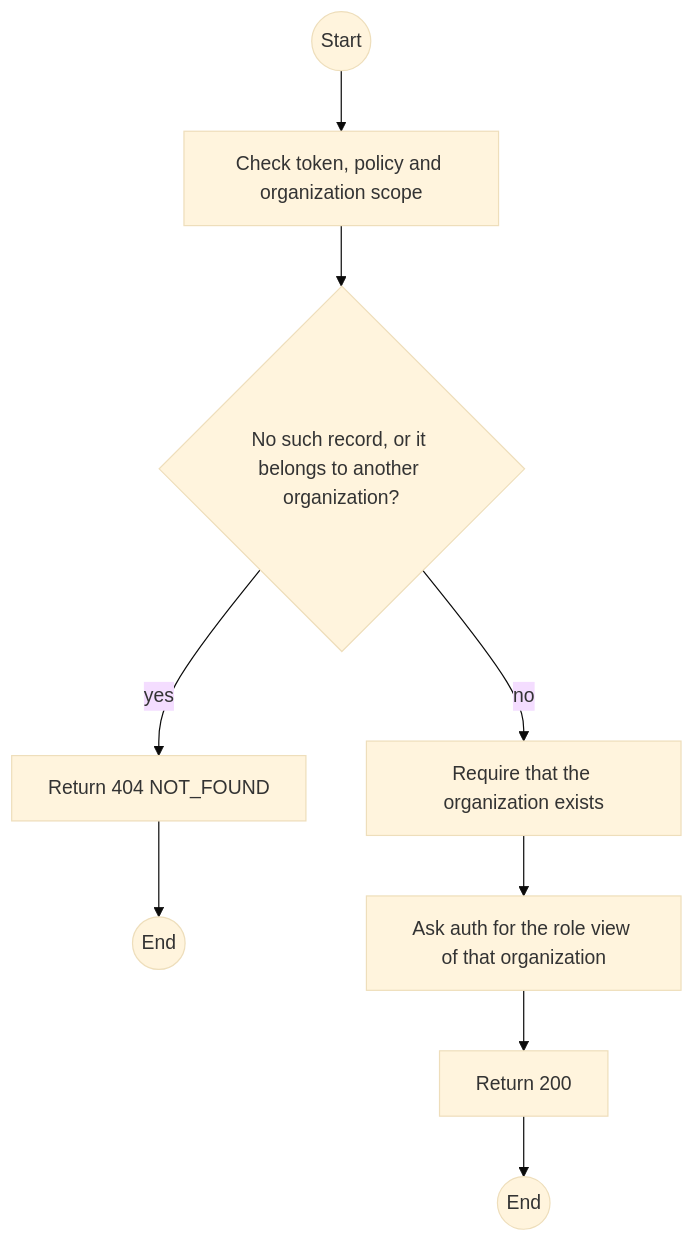
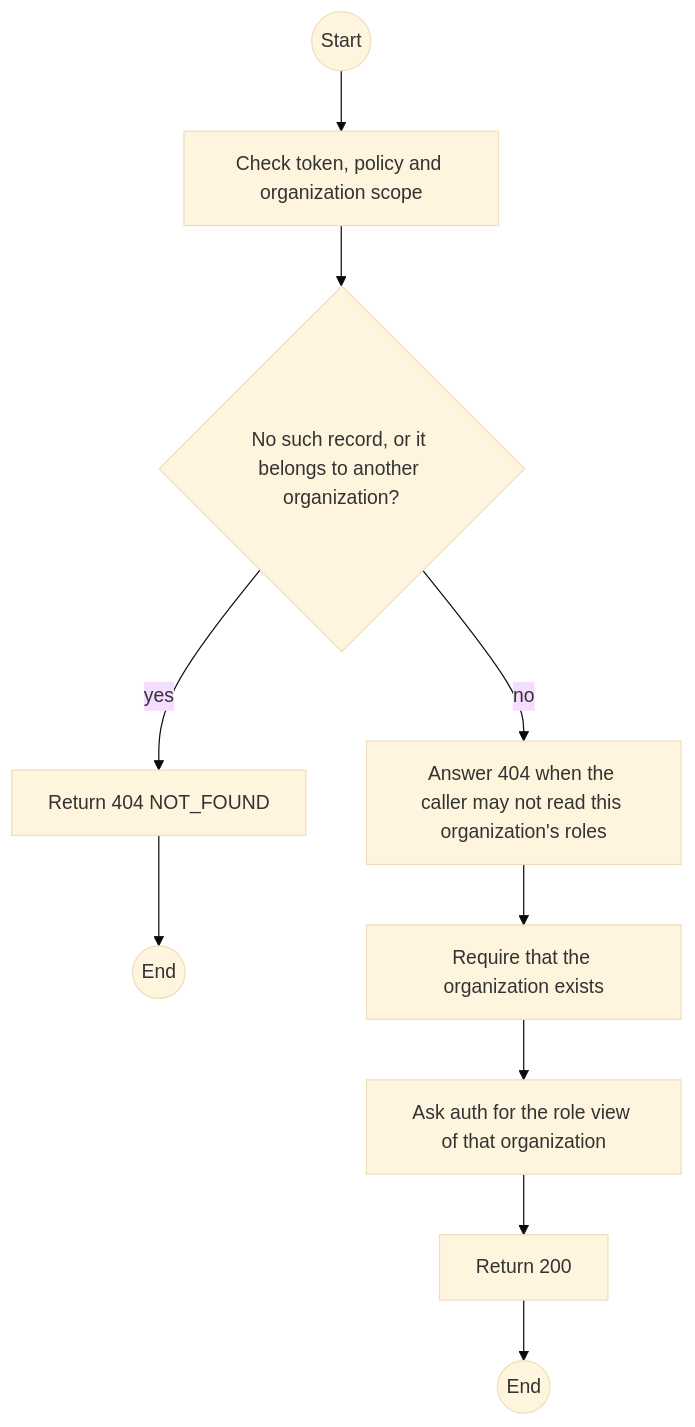
Before and after one commit to TrekLink-Team/treklink-web: the first of 2 diagrams in specs/organizations/api-design/33-get-organizations-id-roles.md, drawn with Mermaid (base theme). The commit also changed other lines of this file and 12 other files, not shown here.

First line of the commit message:
feat(organizations): read-only roles of one organization, GET /api/organizations/:id/roles

````diff
--- a/specs/organizations/api-design/33-get-organizations-id-roles.md
+++ b/specs/organizations/api-design/33-get-organizations-id-roles.md
@@ -127,18 +127,20 @@
 ```mermaid
 flowchart TB
     S((Start))
     A0["Check token, policy and organization scope"]
     S --> A0
     D1{"No such record, or it belongs to another organization?"}
     A0 --> D1
     E1["Return 404 NOT_FOUND"]
     D1 -->|yes| E1
     E1 --> X1((End))
-    P0["Require that the organization exists"]
+    P0["Answer 404 when the caller may not read this organization's roles"]
     D1 -->|no| P0
-    P1["Ask auth for the role view of that organization"]
+    P1["Require that the organization exists"]
     P0 --> P1
+    P2["Ask auth for the role view of that organization"]
+    P1 --> P2
     OK["Return 200"]
-    P1 --> OK
+    P2 --> OK
     OK --> Z((End))
 ```
````
